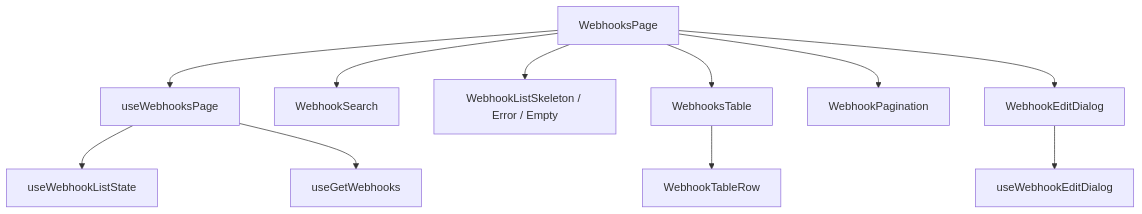
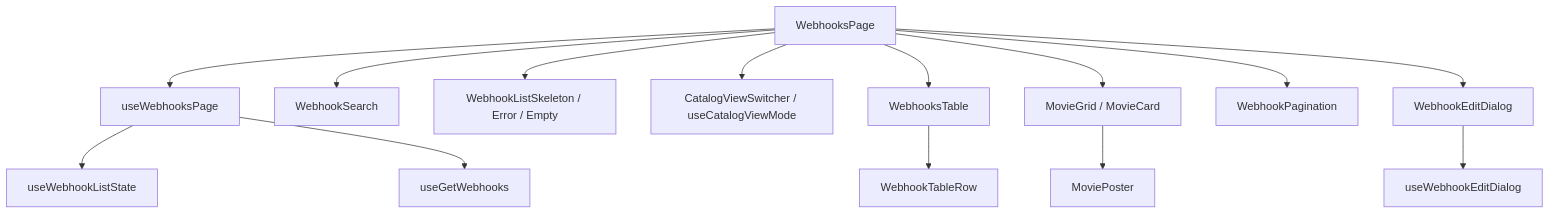
Before and after one commit to ruslan-chmyr/webhook-catalog: the third of 9 diagrams in docs/solution-design.md, drawn with Mermaid. The commit also changed other lines of this file, not shown here.

Commit message:
docs: deepen auth lifecycle, concurrency, grid composition and optimized poster design

````diff
--- a/docs/solution-design.md
+++ b/docs/solution-design.md
@@ -130,24 +146,30 @@
 ```mermaid
 flowchart TD
   Page[WebhooksPage]
   Hook[useWebhooksPage]
   RouteState[useWebhookListState]
   Fetch[useGetWebhooks]
   Search[WebhookSearch]
   States[WebhookListSkeleton / Error / Empty]
+  Switch[CatalogViewSwitcher / useCatalogViewMode]
   Table[WebhooksTable]
   Row[WebhookTableRow]
+  Grid[MovieGrid / MovieCard]
+  Poster[MoviePoster]
   Pagination[WebhookPagination]
   Dialog[WebhookEditDialog]
   DialogHook[useWebhookEditDialog]
   Page --> Hook
   Hook --> RouteState
   Hook --> Fetch
   Page --> Search
   Page --> States
+  Page --> Switch
   Page --> Table
   Table --> Row
+  Page --> Grid
+  Grid --> Poster
   Page --> Pagination
   Page --> Dialog
   Dialog --> DialogHook
 ```
````
